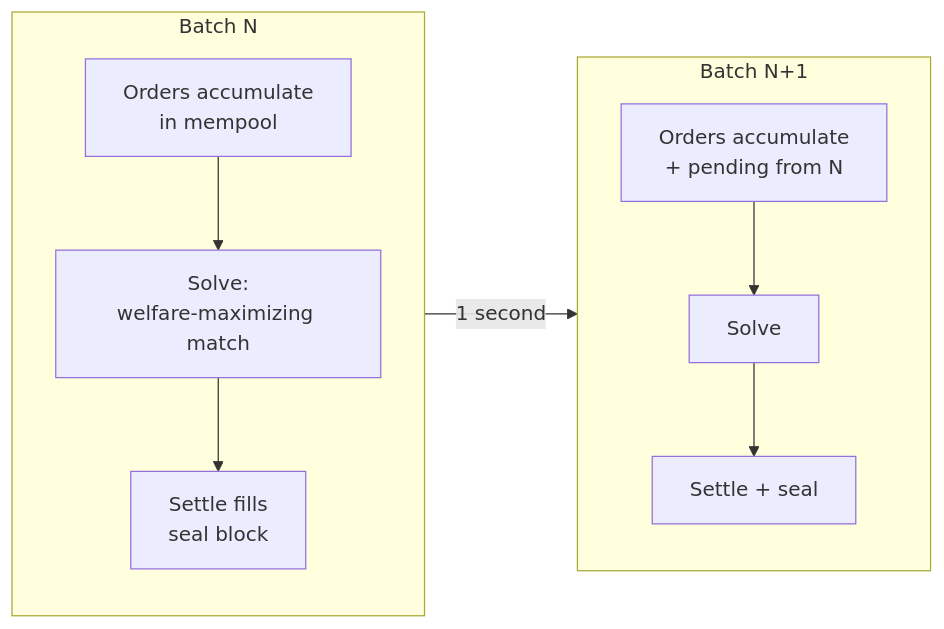
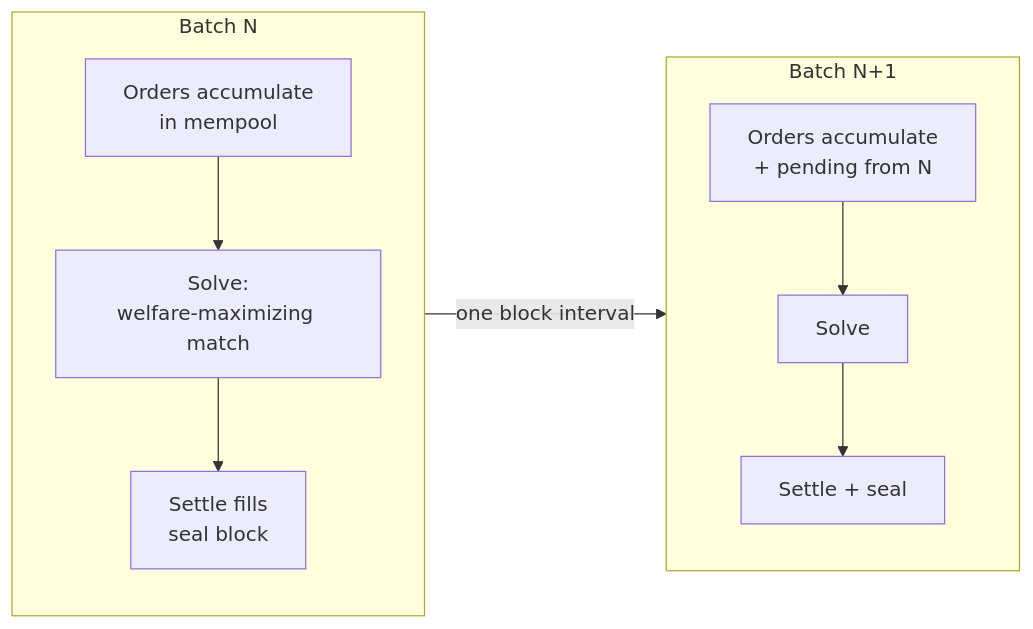
Before and after one commit to MetaB0y/sybil: the diagram in docs/architecture/Frequent Batch Auctions.md, drawn with Mermaid. The commit also changed other lines of this file and 46 other files, not shown here.

First line of the commit message:
docs: estate cleanup - drift fixes, diagrams, remove Mintlify sediment

````diff
--- a/docs/architecture/Frequent Batch Auctions.md
+++ b/docs/architecture/Frequent Batch Auctions.md
@@ -14,18 +14,18 @@
 ```mermaid
 flowchart LR
     subgraph batch1["Batch N"]
         direction TB
         ACC1["Orders accumulate<br/>in mempool"]
         SOLVE1["Solve:<br/>welfare-maximizing match"]
         SETTLE1["Settle fills<br/>seal block"]
         ACC1 --> SOLVE1 --> SETTLE1
     end
     subgraph batch2["Batch N+1"]
         direction TB
         ACC2["Orders accumulate<br/>+ pending from N"]
         SOLVE2["Solve"]
         SETTLE2["Settle + seal"]
         ACC2 --> SOLVE2 --> SETTLE2
     end
-    SETTLE1 -->|"1 second"| ACC2
+    SETTLE1 -->|"one block interval"| ACC2
 ```
````
